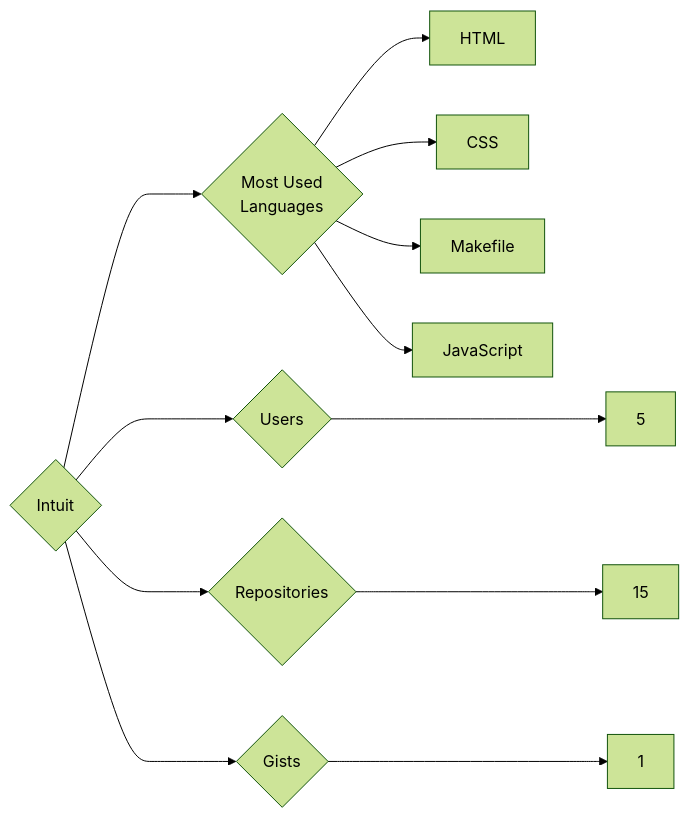
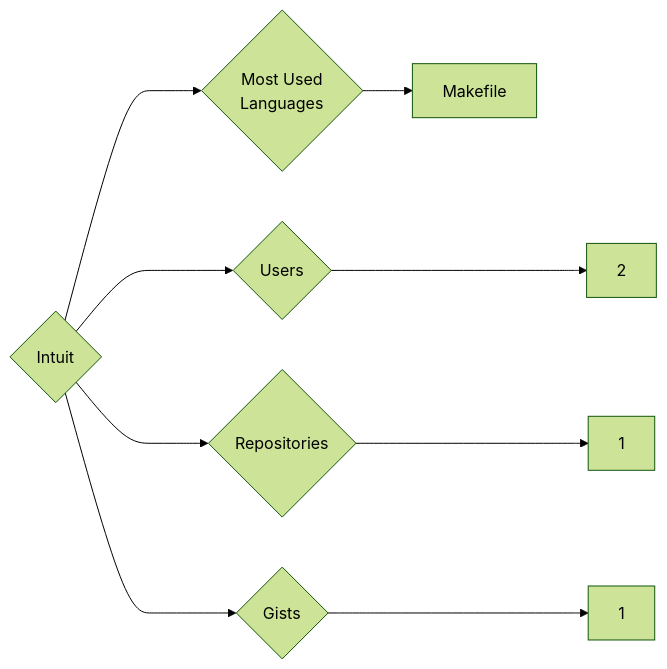
Before and after one commit to trickest/insiders: the diagram in targets/Intuit/README.md, drawn with Mermaid (forest theme). The commit also changed 942 other files, not shown here.

````diff
--- a/targets/Intuit/README.md
+++ b/targets/Intuit/README.md
@@ -3,12 +3,9 @@
 ```mermaid
 graph LR
 COMPANY_NAME{Intuit}
-COMPANY_NAME ---> U{Users} ---> UN[5]
-COMPANY_NAME ---> R{Repositories} ---> RN[15]
+COMPANY_NAME ---> U{Users} ---> UN[2]
+COMPANY_NAME ---> R{Repositories} ---> RN[1]
 COMPANY_NAME ---> G{Gists} ---> GN[1]
 COMPANY_NAME ---> ML{Most Used<br>Languages}
-ML --> HTML[HTML]
-ML --> CSS[CSS]
 ML --> Makefile[Makefile]
-ML --> JavaScript[JavaScript]
 ```
````
